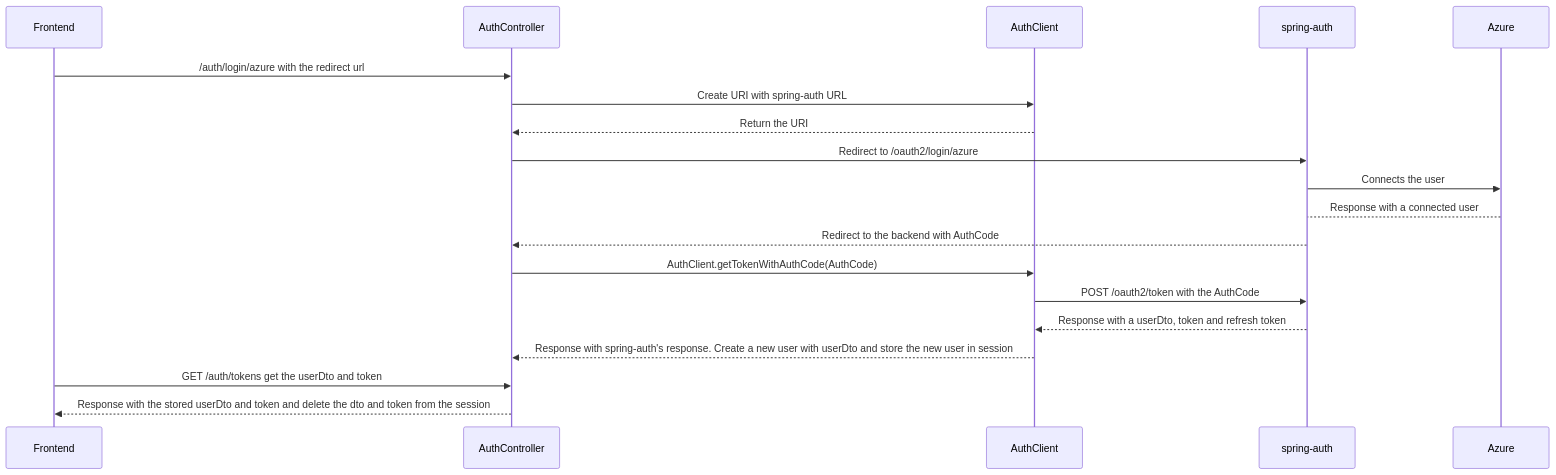
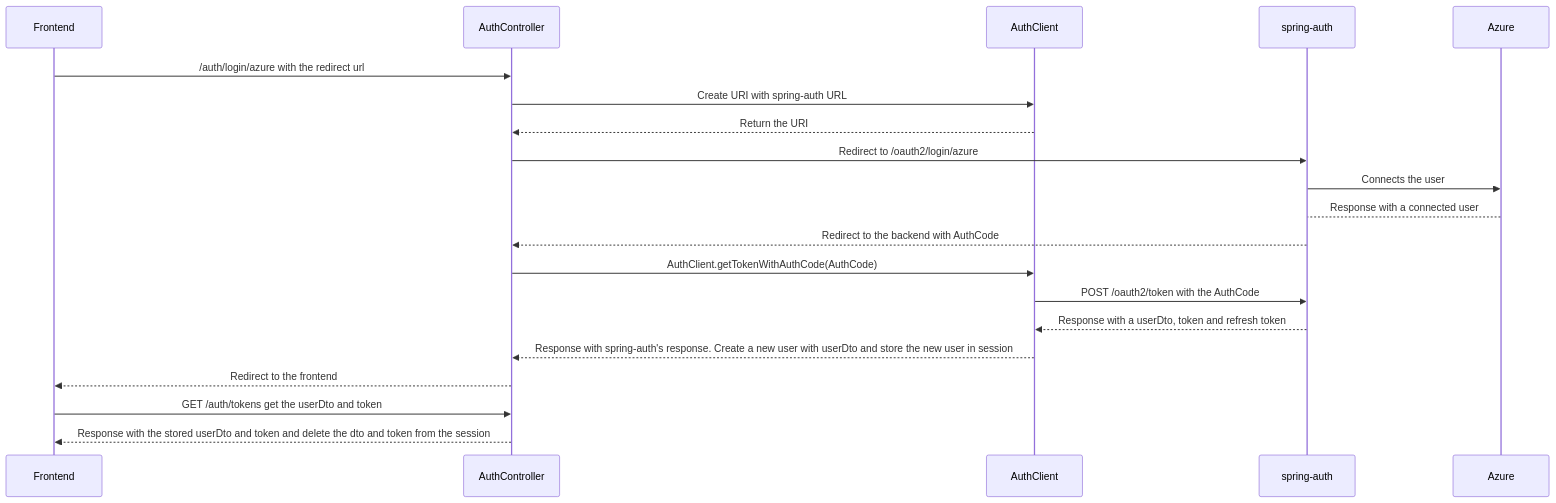
Before and after one commit to OrifInformatique/template_frontback: the second of 8 diagrams in doc/process-documentation.md, drawn with Mermaid.

Commit message:
modified : modified process-documentation.md to add a diagram for the azure login

````diff
--- a/doc/process-documentation.md
+++ b/doc/process-documentation.md
@@ -138,22 +138,23 @@
 ```mermaid
 sequenceDiagram
     participant Frontend
     participant AuthController
     participant AuthClient
     participant spring-auth
     participant Azure
  
     Frontend->>AuthController: /auth/login/azure with the redirect url
     AuthController->>AuthClient: Create URI with spring-auth URL
     AuthClient-->>AuthController: Return the URI
     AuthController->>spring-auth: Redirect to /oauth2/login/azure
     spring-auth->>Azure: Connects the user
     Azure-->spring-auth: Response with a connected user
     spring-auth-->>AuthController: Redirect to the backend with AuthCode
     AuthController->>AuthClient: AuthClient.getTokenWithAuthCode(AuthCode)
     AuthClient->>spring-auth: POST /oauth2/token with the AuthCode
     spring-auth-->>AuthClient: Response with a userDto, token and refresh token
     AuthClient-->>AuthController: Response with spring-auth's response. Create a new user with userDto and store the new user in session
+    AuthController-->>Frontend: Redirect to the frontend
     Frontend->>AuthController: GET /auth/tokens get the userDto and token
     AuthController-->>Frontend: Response with the stored userDto and token and delete the dto and token from the session
 ```
````
